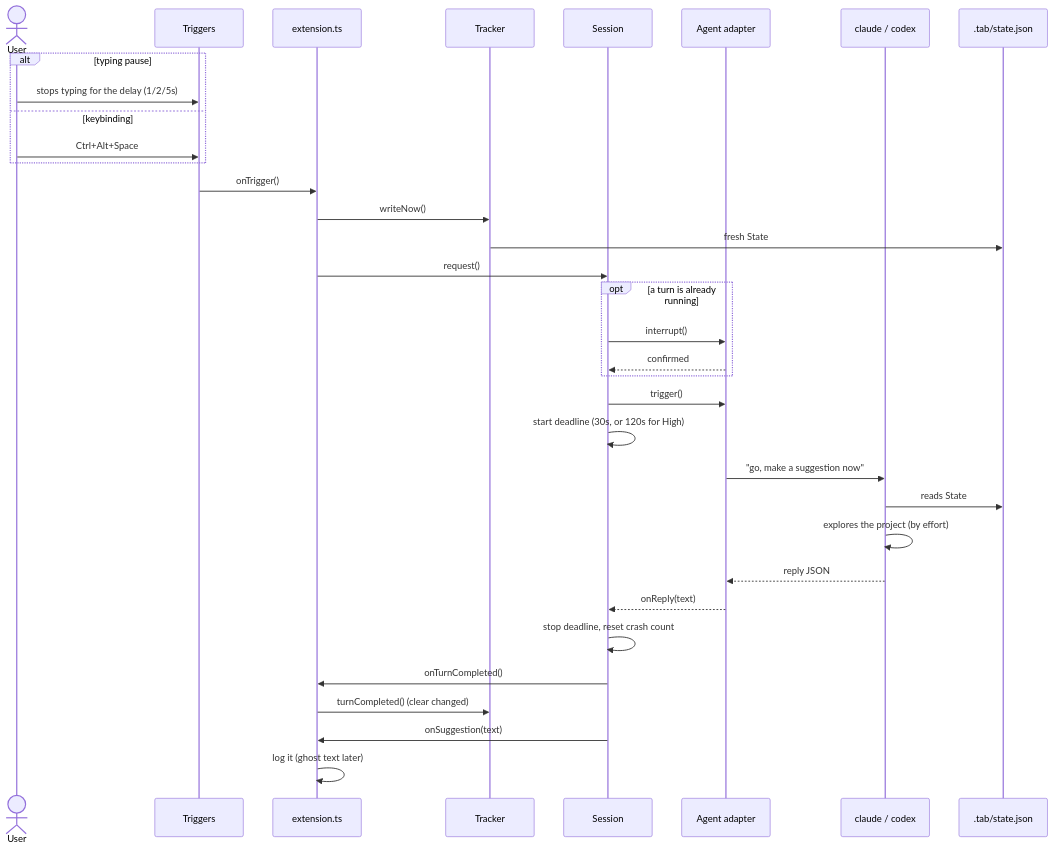
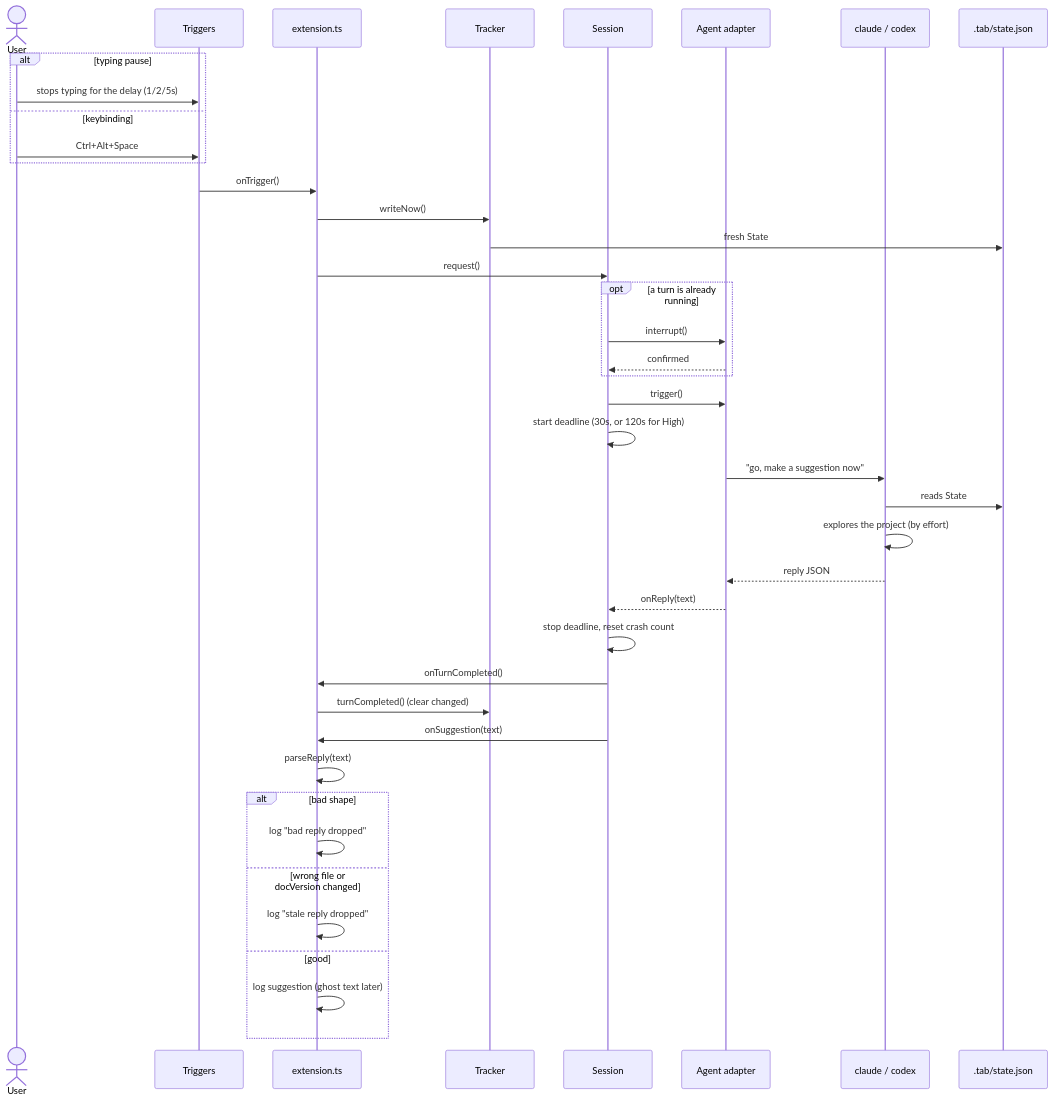
One commit to locchh/tab changed the fourth of 7 diagrams in docs/HOW_IT_WORKS.md. Above: the diagram before and after it, drawn with Mermaid. The commit also changed other lines of this file and 5 other files, not shown here.

Commit message:
Add reply checker: shape and freshness; update how-it-works

````diff
--- a/docs/HOW_IT_WORKS.md
+++ b/docs/HOW_IT_WORKS.md
@@ -115,37 +117,44 @@
 ```mermaid
 sequenceDiagram
     actor User
     participant Trg as Triggers
     participant Ext as extension.ts
     participant Tr as Tracker
     participant Se as Session
     participant Ag as Agent adapter
     participant CLI as claude / codex
     participant F as .tab/state.json
 
     alt typing pause
         User->>Trg: stops typing for the delay (1/2/5s)
     else keybinding
         User->>Trg: Ctrl+Alt+Space
     end
     Trg->>Ext: onTrigger()
     Ext->>Tr: writeNow()
     Tr->>F: fresh State
     Ext->>Se: request()
     opt a turn is already running
         Se->>Ag: interrupt()
         Ag-->>Se: confirmed
     end
     Se->>Ag: trigger()
     Se->>Se: start deadline (30s, or 120s for High)
     Ag->>CLI: "go, make a suggestion now"
     CLI->>F: reads State
     CLI->>CLI: explores the project (by effort)
     CLI-->>Ag: reply JSON
     Ag-->>Se: onReply(text)
     Se->>Se: stop deadline, reset crash count
     Se->>Ext: onTurnCompleted()
     Ext->>Tr: turnCompleted() (clear changed)
     Se->>Ext: onSuggestion(text)
-    Ext->>Ext: log it (ghost text later)
+    Ext->>Ext: parseReply(text)
+    alt bad shape
+        Ext->>Ext: log "bad reply dropped"
+    else wrong file or docVersion changed
+        Ext->>Ext: log "stale reply dropped"
+    else good
+        Ext->>Ext: log suggestion (ghost text later)
+    end
 ```
````
